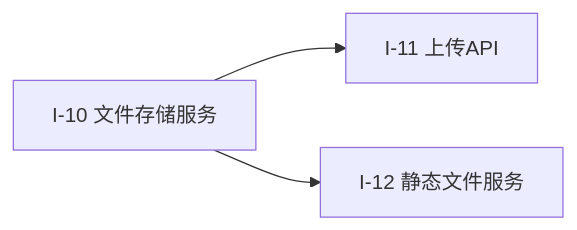
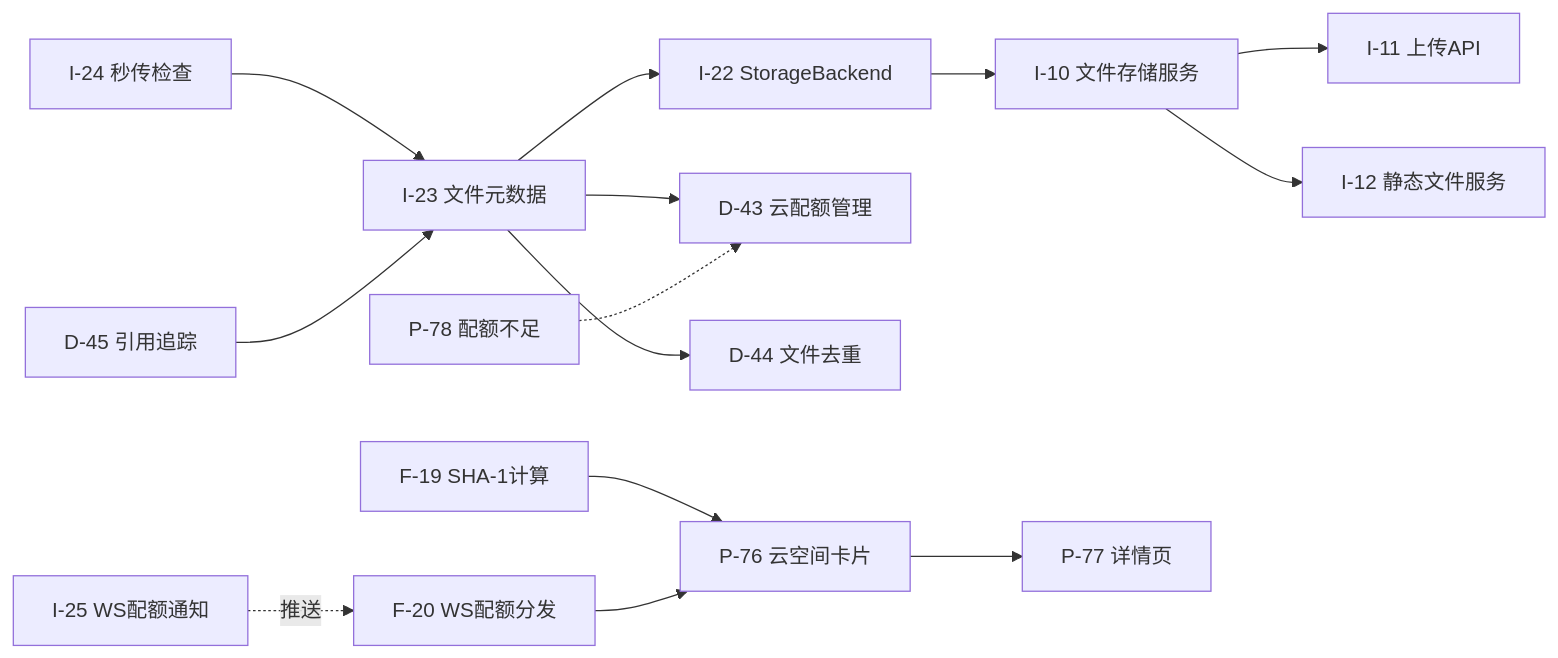
One commit to toly1994328/flash_im_by_ai changed the sixth of 6 diagrams in docs/features/archiver/index.md. Above: the diagram before and after it, drawn with Mermaid. The commit also changed other lines of this file and 56 other files, not shown here.

Commit message:
feat: 云资源管理系统 v0.0.6 — StorageBackend + SHA-1去重秒传 + 100MB配额 + 云空间UI + WS通知

````diff
--- a/docs/features/archiver/index.md
+++ b/docs/features/archiver/index.md
@@ -387,5 +399,16 @@
 ```mermaid
 graph LR
     I10[I-10 文件存储服务] --> I11[I-11 上传API]
     I10 --> I12[I-12 静态文件服务]
+    I22[I-22 StorageBackend] --> I10
+    I23[I-23 文件元数据] --> I22
+    I23 --> D43[D-43 云配额管理]
+    I23 --> D44[D-44 文件去重]
+    I24[I-24 秒传检查] --> I23
+    I25[I-25 WS配额通知] -.->|推送| F20[F-20 WS配额分发]
+    D45[D-45 引用追踪] --> I23
+    F19[F-19 SHA-1计算] --> P76[P-76 云空间卡片]
+    F20 --> P76
+    P76 --> P77[P-77 详情页]
+    P78[P-78 配额不足] -.-> D43
 ```
````
